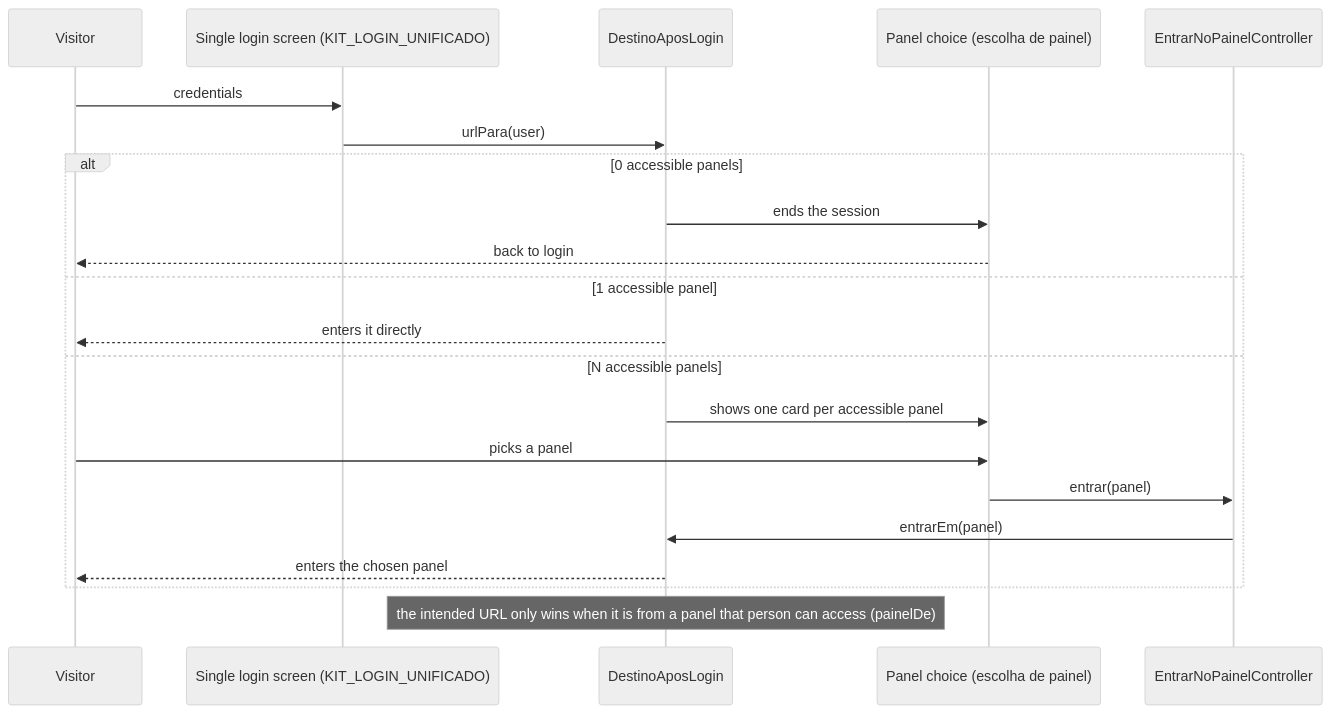
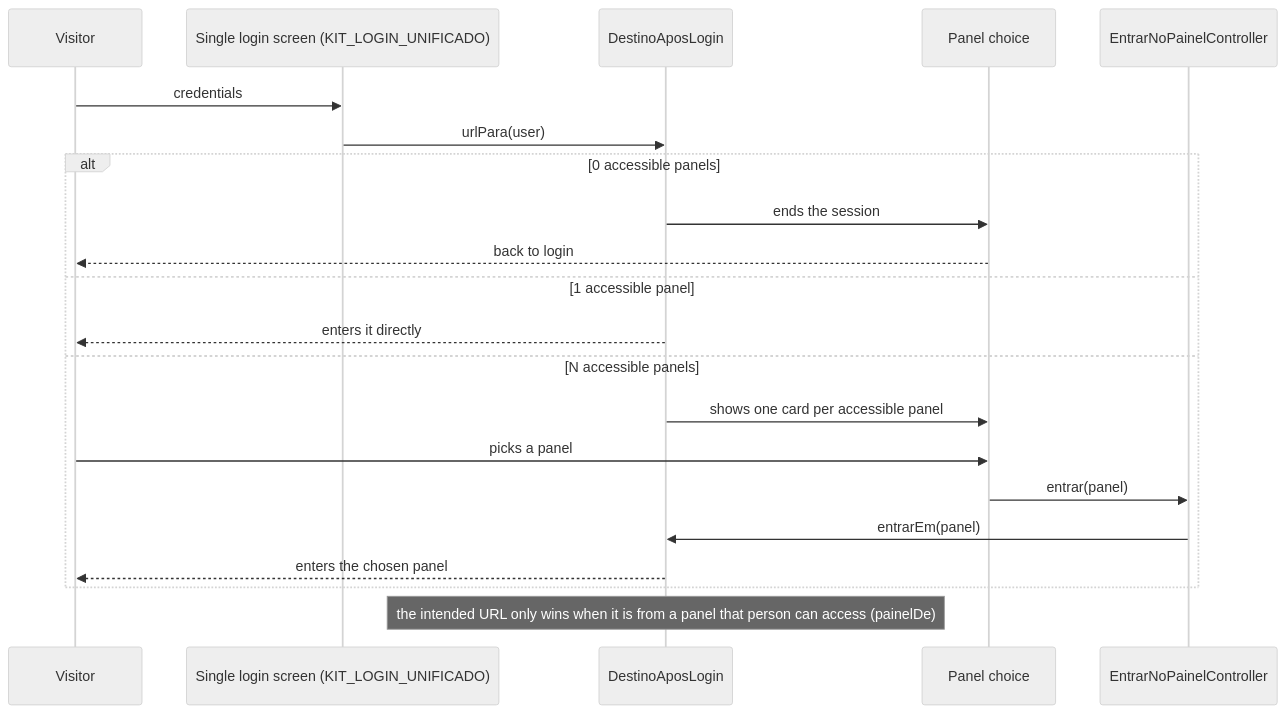
One commit to gsferro/filament-starter-kit-easy changed the diagram in docs/en/autenticacao/login-unificado.md. Above: the diagram before and after it, drawn with Mermaid (neutral theme). The commit also changed 12 other files, not shown here.

First line of the commit message:
:lipstick: fix(site): os diagramas no tamanho natural, com rolagem no bloco, e os opcionais com a chave

````diff
--- a/docs/en/autenticacao/login-unificado.md
+++ b/docs/en/autenticacao/login-unificado.md
@@ -41,26 +41,26 @@
 ```mermaid
 sequenceDiagram
 %% DG-05
 accTitle: Unified login - destination by 0, 1 or N panels
 accDescr: The single login page (KIT_LOGIN_UNIFICADO) decides between going back to login, entering directly or opening the panel choice, depending on how many panels the person can access.
   participant visitante as Visitor
   participant tela_unificada as Single login screen (KIT_LOGIN_UNIFICADO)
   participant destino as DestinoAposLogin
-  participant escolha as Panel choice (escolha de painel)
+  participant escolha as Panel choice
   participant controller as EntrarNoPainelController
   visitante->>tela_unificada: credentials
   tela_unificada->>destino: urlPara(user)
   alt 0 accessible panels
     destino->>escolha: ends the session
     escolha-->>visitante: back to login
   else 1 accessible panel
     destino-->>visitante: enters it directly
   else N accessible panels
     destino->>escolha: shows one card per accessible panel
     visitante->>escolha: picks a panel
     escolha->>controller: entrar(panel)
     controller->>destino: entrarEm(panel)
     destino-->>visitante: enters the chosen panel
   end
   note over destino: the intended URL only wins when it is from a panel that person can access (painelDe)
 ```
````
